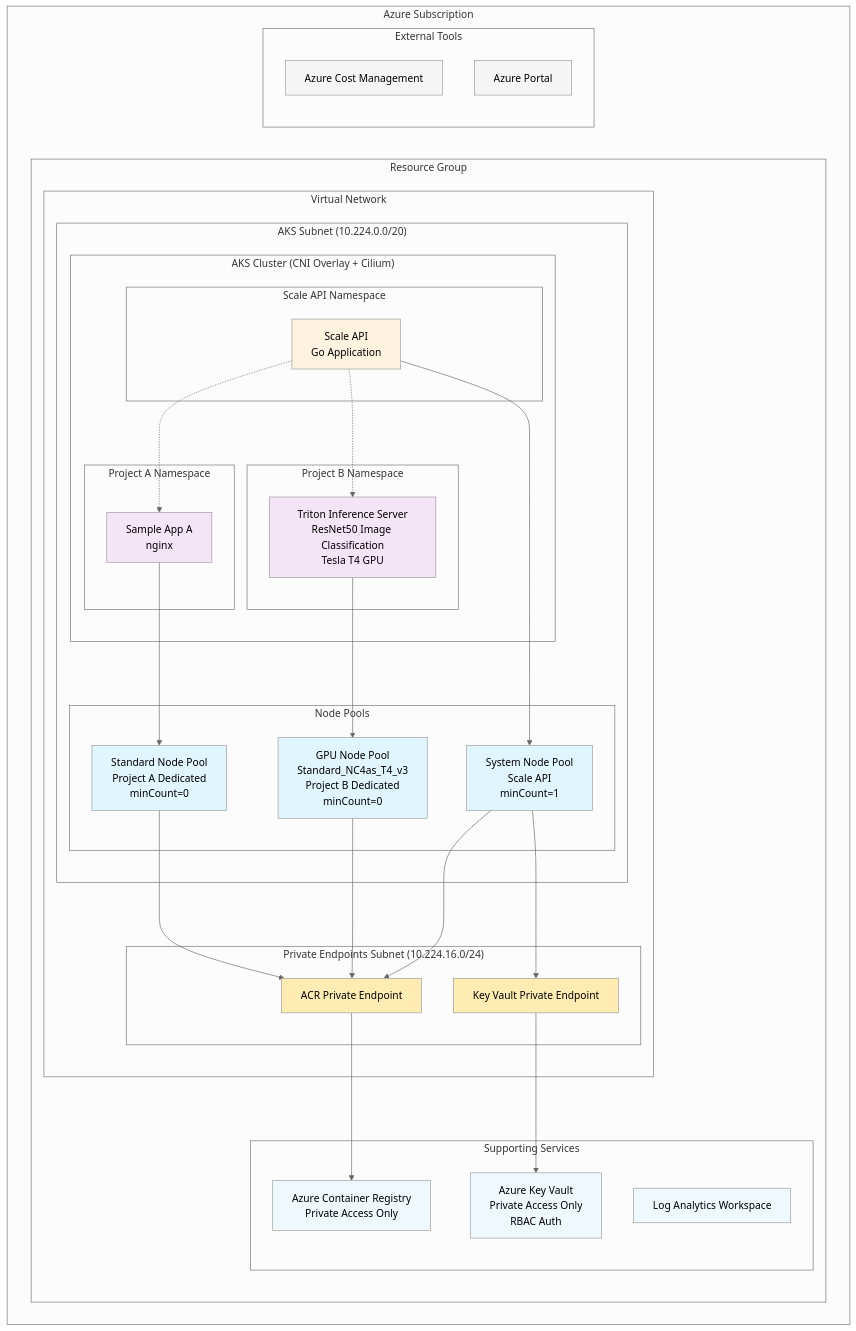
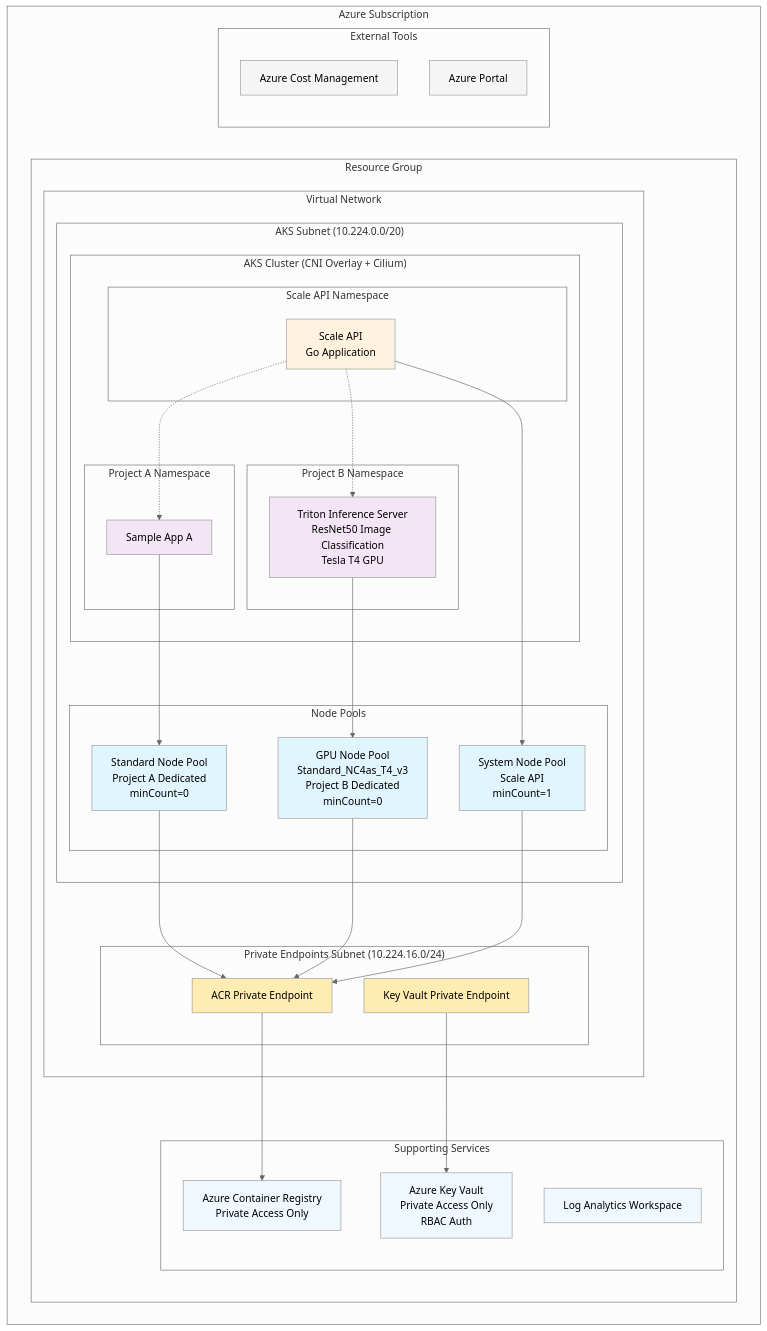
The diagram in README.md (torumakabe/aks-scale-to-zero), drawn with Mermaid (neutral theme) before and after one commit. The commit also changed other lines of this file and 2 other files, not shown here.

````diff
--- a/README.md
+++ b/README.md
@@ -19,74 +25,73 @@
 ```mermaid
 graph TB
     subgraph "Azure Subscription"
         subgraph "Resource Group"
             subgraph "Virtual Network"
                 subgraph "AKS Subnet (10.224.0.0/20)"
                     subgraph "AKS Cluster (CNI Overlay + Cilium)"
                         subgraph "Project A Namespace"
-                            A1[Sample App A<br/>nginx]
+                            A1[Sample App A]
                         end
                         subgraph "Project B Namespace"
                             B1[Triton Inference Server<br/>ResNet50 Image Classification<br/>Tesla T4 GPU]
                         end
                         subgraph "Scale API Namespace"
                             API[Scale API<br/>Go Application]
                         end
                     end
                     
                     subgraph "Node Pools"
                         NP1[Standard Node Pool<br/>Project A Dedicated<br/>minCount=0]
                         NP2[GPU Node Pool<br/>Standard_NC4as_T4_v3<br/>Project B Dedicated<br/>minCount=0]
                         NP3[System Node Pool<br/>Scale API<br/>minCount=1]
                     end
                 end
                 
                 subgraph "Private Endpoints Subnet (10.224.16.0/24)"
                     PE1[ACR Private Endpoint]
                     PE2[Key Vault Private Endpoint]
                 end
             end
             
             subgraph "Supporting Services"
                 ACR[Azure Container Registry<br/>Private Access Only]
                 LOG[Log Analytics Workspace]
                 KV[Azure Key Vault<br/>Private Access Only<br/>RBAC Auth]
             end
         end
         
         subgraph "External Tools"
             AZURE_COST[Azure Cost Management]
             AZURE_PORTAL[Azure Portal]
         end
     end
     
     A1 --> NP1
     B1 --> NP2
     API --> NP3
     
     API -.-> A1
     API -.-> B1
     
     NP1 --> PE1
     NP2 --> PE1
     NP3 --> PE1
-    NP3 --> PE2
     
     PE1 --> ACR
     PE2 --> KV
     
     classDef nodePool fill:#e1f5fe
     classDef app fill:#f3e5f5
     classDef api fill:#fff3e0
     classDef infrastructure fill:#f0f8ff
     classDef external fill:#f5f5f5
     classDef network fill:#e8f5e9
     classDef privateEndpoint fill:#ffecb3
     
     class NP1,NP2,NP3 nodePool
     class A1,B1 app
     class API api
     class ACR,LOG,KV infrastructure
     class AZURE_COST,AZURE_PORTAL external
     class PE1,PE2 privateEndpoint
 ```
````
